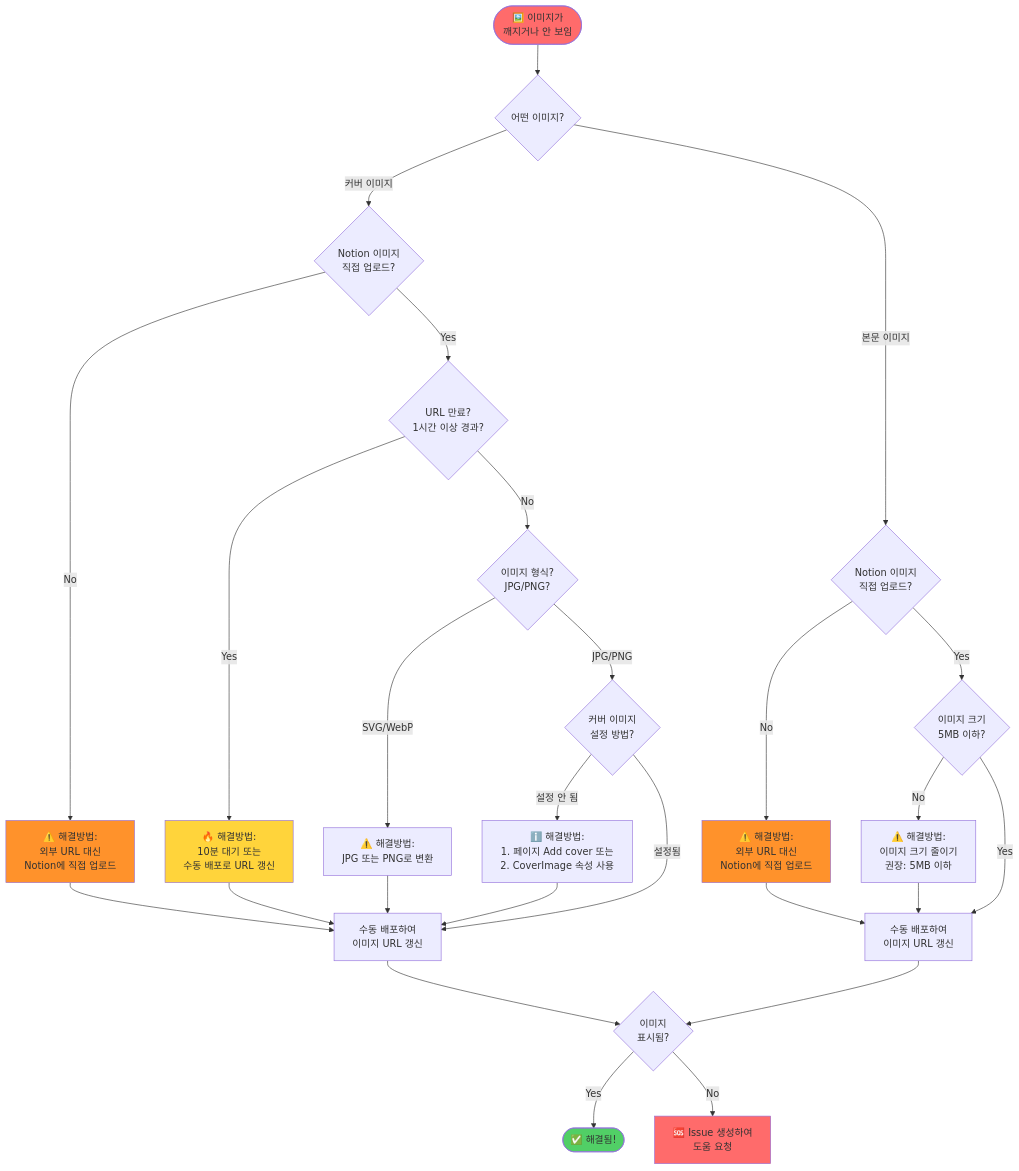
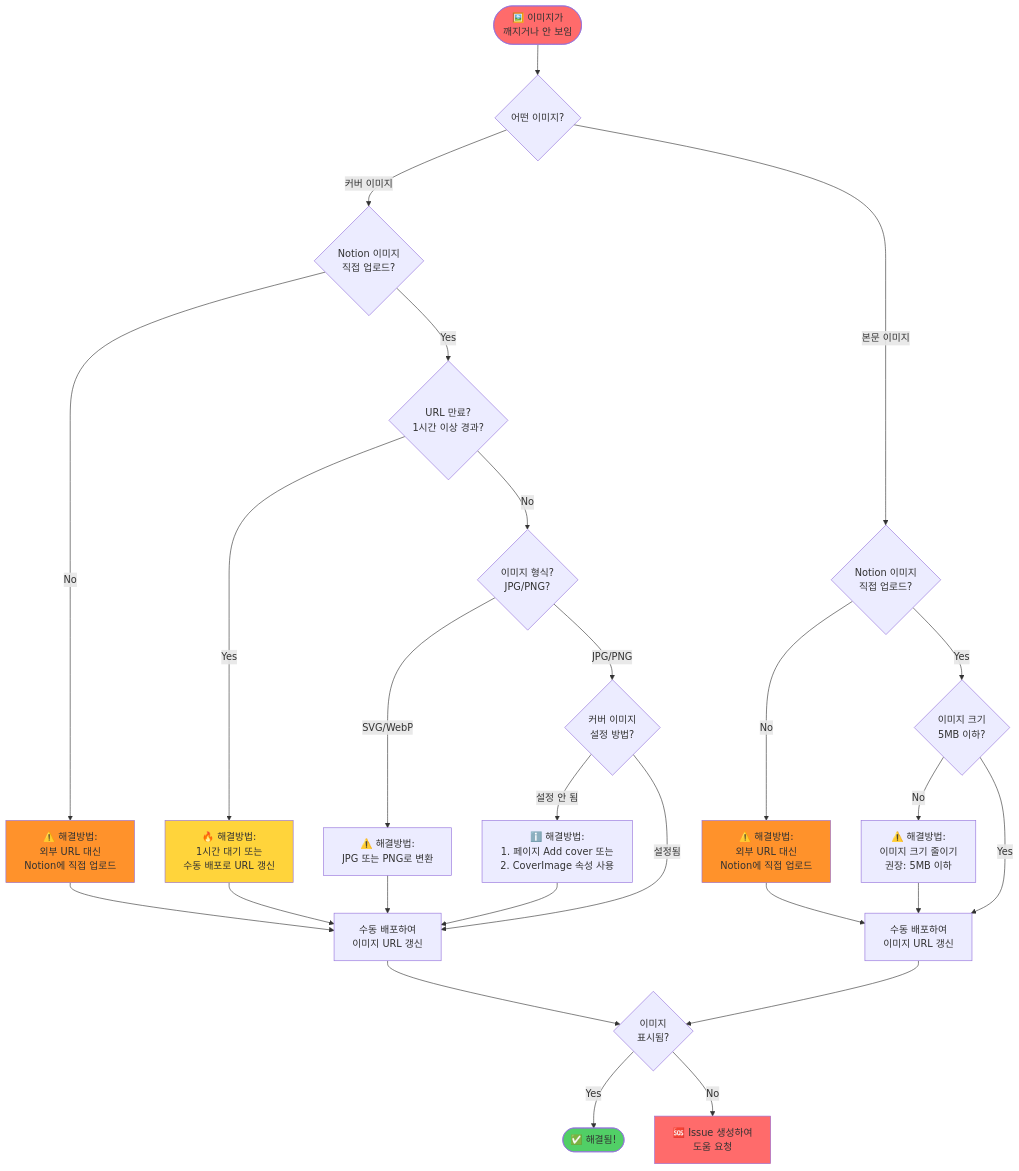
Before and after one commit to freelife1191/nextjs-notion-blog: the third of 4 diagrams in docs/TROUBLESHOOTING_GUIDE.md, drawn with Mermaid. The commit also changed other lines of this file and 5 other files, not shown here.

````diff
--- a/docs/TROUBLESHOOTING_GUIDE.md
+++ b/docs/TROUBLESHOOTING_GUIDE.md
@@ -137,45 +137,45 @@
 ```mermaid
 flowchart TD
     Start([🖼️ 이미지가<br/>깨지거나 안 보임]) --> ImageType{어떤 이미지?}
 
     ImageType -->|커버 이미지| CheckCover{Notion 이미지<br/>직접 업로드?}
     ImageType -->|본문 이미지| CheckContent{Notion 이미지<br/>직접 업로드?}
 
     CheckCover -->|No| FixCoverUpload[⚠️ 해결방법:<br/>외부 URL 대신<br/>Notion에 직접 업로드]
     CheckCover -->|Yes| CheckCoverExpired{URL 만료?<br/>1시간 이상 경과?}
 
-    CheckCoverExpired -->|Yes| FixCoverExpired[🔥 해결방법:<br/>10분 대기 또는<br/>수동 배포로 URL 갱신]
+    CheckCoverExpired -->|Yes| FixCoverExpired[🔥 해결방법:<br/>1시간 대기 또는<br/>수동 배포로 URL 갱신]
     CheckCoverExpired -->|No| CheckCoverFormat{이미지 형식?<br/>JPG/PNG?}
 
     CheckCoverFormat -->|SVG/WebP| FixCoverFormat[⚠️ 해결방법:<br/>JPG 또는 PNG로 변환]
     CheckCoverFormat -->|JPG/PNG| CheckCoverSet{커버 이미지<br/>설정 방법?}
 
     CheckCoverSet -->|설정 안 됨| FixCoverSet[ℹ️ 해결방법:<br/>1. 페이지 Add cover 또는<br/>2. CoverImage 속성 사용]
     CheckCoverSet -->|설정됨| RebuildCover[수동 배포하여<br/>이미지 URL 갱신]
 
     CheckContent -->|No| FixContentUpload[⚠️ 해결방법:<br/>외부 URL 대신<br/>Notion에 직접 업로드]
     CheckContent -->|Yes| CheckContentSize{이미지 크기<br/>5MB 이하?}
 
     CheckContentSize -->|No| FixContentSize[⚠️ 해결방법:<br/>이미지 크기 줄이기<br/>권장: 5MB 이하]
     CheckContentSize -->|Yes| RebuildContent[수동 배포하여<br/>이미지 URL 갱신]
 
     FixCoverUpload --> RebuildCover
     FixCoverExpired --> RebuildCover
     FixCoverFormat --> RebuildCover
     FixCoverSet --> RebuildCover
     FixContentUpload --> RebuildContent
     FixContentSize --> RebuildContent
 
     RebuildCover --> Success{이미지<br/>표시됨?}
     RebuildContent --> Success
 
     Success -->|Yes| Done([✅ 해결됨!])
     Success -->|No| IssueHelp[🆘 Issue 생성하여<br/>도움 요청]
 
     style Start fill:#ff6b6b
     style Done fill:#51cf66
     style FixCoverExpired fill:#ffd43b
     style FixCoverUpload fill:#ff922b
     style FixContentUpload fill:#ff922b
     style IssueHelp fill:#ff6b6b
 ```
````
